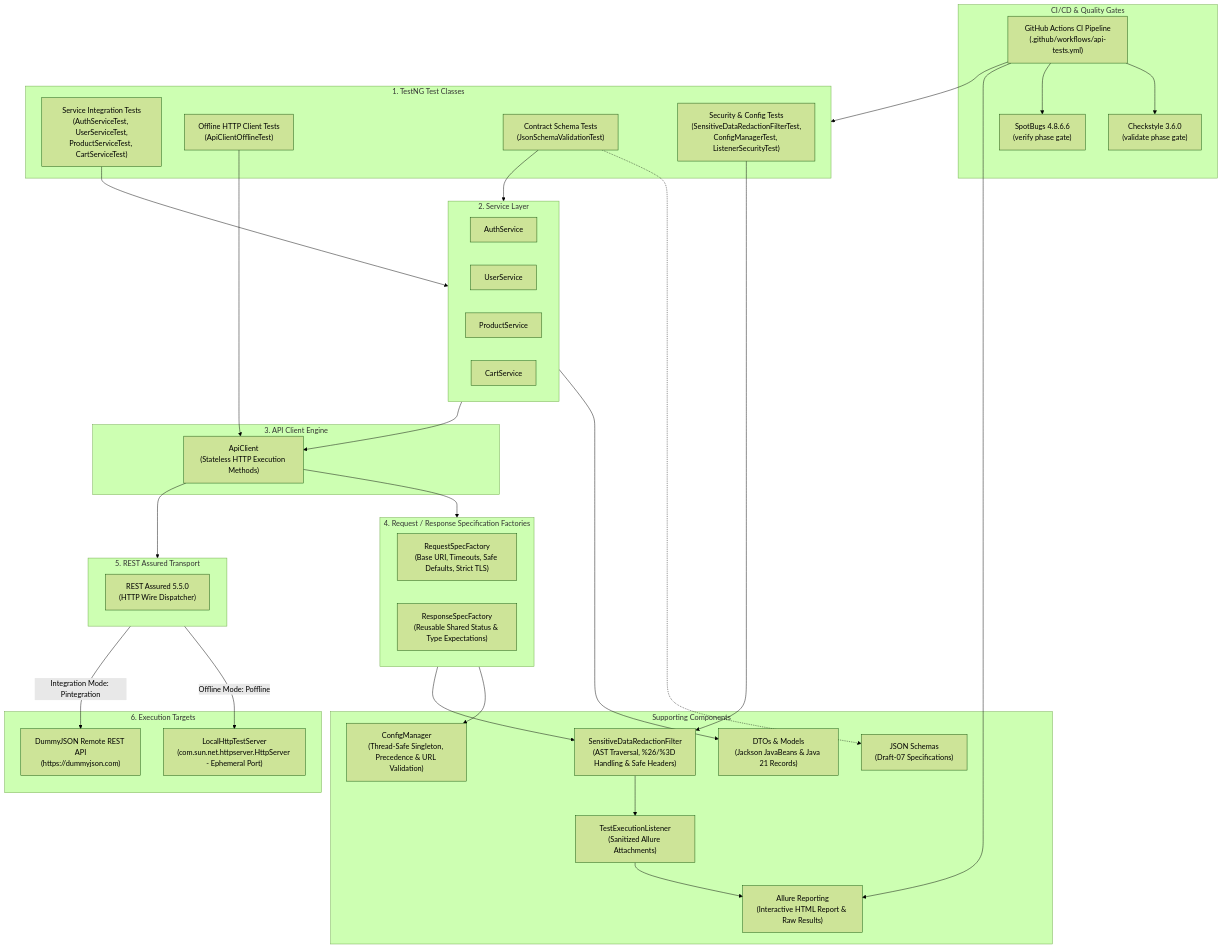
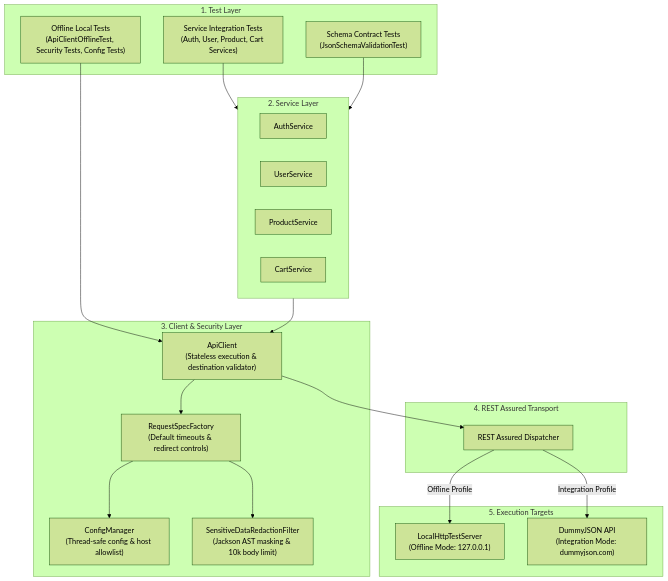
One commit to sksharma903231/java-api-automation-framework changed the diagram in README.md. Above: the diagram before and after it, drawn with Mermaid (forest theme). The commit also changed other lines of this file and 12 other files, not shown here.

Commit message:
Release Java API automation framework

````diff
--- a/README.md
+++ b/README.md
@@ -44,75 +115,40 @@
 ```mermaid
 flowchart TD
-    subgraph CI_CD["CI/CD & Quality Gates"]
-        GHA["GitHub Actions CI Pipeline<br/>(.github/workflows/api-tests.yml)"]
-        CS["Checkstyle 3.6.0<br/>(validate phase gate)"]
-        SB["SpotBugs 4.8.6.6<br/>(verify phase gate)"]
-    end
-
-    subgraph Test_Layer["1. TestNG Test Classes"]
-        ServiceTests["Service Integration Tests<br/>(AuthServiceTest, UserServiceTest,<br/>ProductServiceTest, CartServiceTest)"]
-        OfflineTests["Offline HTTP Client Tests<br/>(ApiClientOfflineTest)"]
-        SchemaTests["Contract Schema Tests<br/>(JsonSchemaValidationTest)"]
-        SecurityTests["Security & Config Tests<br/>(SensitiveDataRedactionFilterTest,<br/>ConfigManagerTest, ListenerSecurityTest)"]
-    end
-
-    subgraph Supporting_Components["Supporting Components"]
-        ConfigMgr["ConfigManager<br/>(Thread-Safe Singleton, Precedence & URL Validation)"]
-        DTOs["DTOs & Models<br/>(Jackson JavaBeans & Java 21 Records)"]
-        SchemaFiles["JSON Schemas<br/>(Draft-07 Specifications)"]
-        Redaction["SensitiveDataRedactionFilter<br/>(AST Traversal, %26/%3D Handling & Safe Headers)"]
-        Listener["TestExecutionListener<br/>(Sanitized Allure Attachments)"]
-        Allure["Allure Reporting<br/>(Interactive HTML Report & Raw Results)"]
+    subgraph Test_Layer["1. Test Layer"]
+        OfflineTests["Offline Local Tests<br/>(ApiClientOfflineTest, Security Tests, Config Tests)"]
+        ServiceTests["Service Integration Tests<br/>(Auth, User, Product, Cart Services)"]
+        ContractTests["Schema Contract Tests<br/>(JsonSchemaValidationTest)"]
     end
 
     subgraph Service_Layer["2. Service Layer"]
         AuthSvc["AuthService"]
         UserSvc["UserService"]
         ProdSvc["ProductService"]
         CartSvc["CartService"]
     end
 
-    subgraph Client_Layer["3. API Client Engine"]
-        ApiClient["ApiClient<br/>(Stateless HTTP Execution Methods)"]
+    subgraph Client_Layer["3. Client & Security Layer"]
+        ApiClient["ApiClient<br/>(Stateless execution & destination validator)"]
+        ReqFactory["RequestSpecFactory<br/>(Default timeouts & redirect controls)"]
+        ConfigMgr["ConfigManager<br/>(Thread-safe config & host allowlist)"]
+        RedactFilter["SensitiveDataRedactionFilter<br/>(Jackson AST masking & 10k body limit)"]
     end
 
-    subgraph Factory_Layer["4. Request / Response Specification Factories"]
-        ReqFactory["RequestSpecFactory<br/>(Base URI, Timeouts, Safe Defaults, Strict TLS)"]
-        RespFactory["ResponseSpecFactory<br/>(Reusable Shared Status & Type Expectations)"]
+    subgraph Transport_Layer["4. REST Assured Transport"]
+        Wire["REST Assured Dispatcher"]
     end
 
-    subgraph Transport_Layer["5. REST Assured Transport"]
-        RestAssured["REST Assured 5.5.0<br/>(HTTP Wire Dispatcher)"]
+    subgraph Targets["5. Execution Targets"]
+        LocalMock["LocalHttpTestServer<br/>(Offline Mode: 127.0.0.1)"]
+        RemoteAPI["DummyJSON API<br/>(Integration Mode: dummyjson.com)"]
     end
 
-    subgraph Execution_Targets["6. Execution Targets"]
-        LocalServer["LocalHttpTestServer<br/>(com.sun.net.httpserver.HttpServer - Ephemeral Port)"]
-        RemoteAPI["DummyJSON Remote REST API<br/>(https://dummyjson.com)"]
-    end
-
-    %% Flow connections
-    GHA --> CS
-    GHA --> Test_Layer
-    GHA --> SB
-    GHA --> Allure
-
-    ServiceTests --> Service_Layer
     OfflineTests --> ApiClient
-    SchemaTests --> Service_Layer
-    SecurityTests --> Redaction
-
-    Service_Layer --> DTOs
-    Service_Layer --> ApiClient
-    SchemaTests -.-> SchemaFiles
-
-    ApiClient --> Factory_Layer
-    Factory_Layer --> ConfigMgr
-    Factory_Layer --> Redaction
-
-    ApiClient --> Transport_Layer
-    Redaction --> Listener
-    Listener --> Allure
-
-    Transport_Layer -->|Offline Mode: Poffline| LocalServer
-    Transport_Layer -->|Integration Mode: Pintegration| RemoteAPI
+    ServiceTests --> Service_Layer --> ApiClient
+    ContractTests --> Service_Layer
+    ApiClient --> ReqFactory --> ConfigMgr
+    ReqFactory --> RedactFilter
+    ApiClient --> Wire
+    Wire -->|Offline Profile| LocalMock
+    Wire -->|Integration Profile| RemoteAPI
 ```
````
